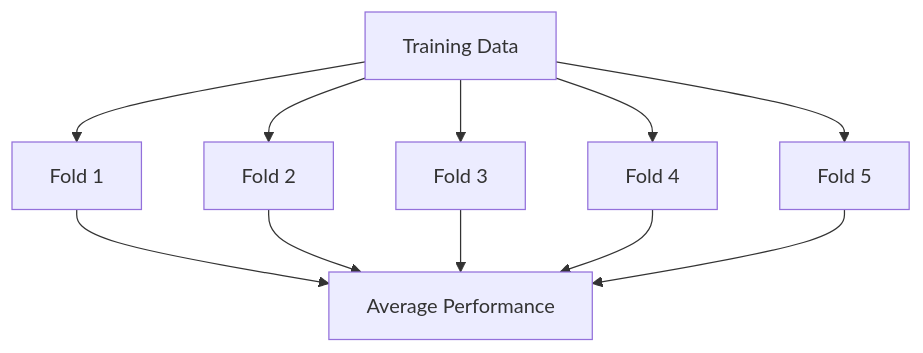
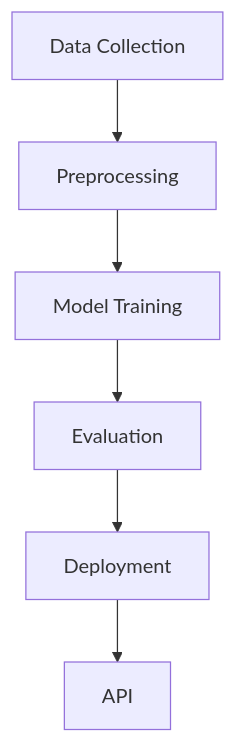
The first of 2 diagrams in slides.md (chirayupatel9/DSCI-592), drawn with Mermaid before and after one commit. The commit also changed other lines of this file, not shown here.

````diff
--- a/slides.md
+++ b/slides.md
@@ -294,13 +30,8 @@
 ```mermaid
-graph TD
-    A[Training Data] --> B[Fold 1]
-    A --> C[Fold 2]
-    A --> D[Fold 3]
-    A --> E[Fold 4]
-    A --> F[Fold 5]
-    B --> G[Average Performance]
-    C --> G
-    D --> G
-    E --> G
-    F --> G
+flowchart TD
+    A[Data Collection] --> B[Preprocessing]
+    B --> C[Model Training]
+    C --> D[Evaluation]
+    D --> E[Deployment]
+    E --> F[API]
 ```
````
